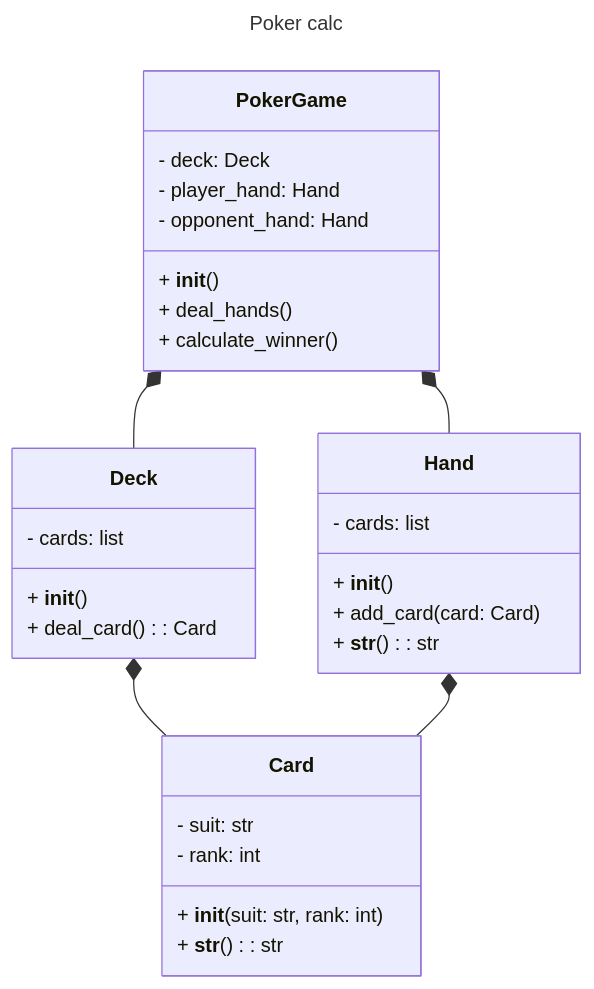
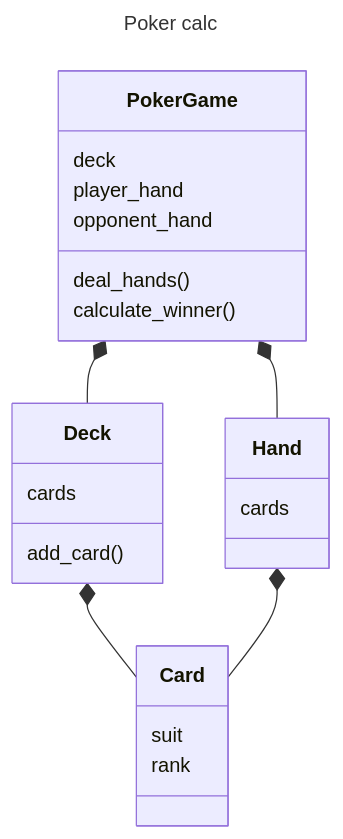
Before and after one commit to octolss/poker_calculation: the diagram in dio.md, drawn with Mermaid.

````diff
--- a/dio.md
+++ b/dio.md
@@ -2,39 +2,32 @@
 ```mermaid
 ---
 title: Poker calc
 ---
 classDiagram
   class PokerGame {
-    - deck: Deck
-    - player_hand: Hand
-    - opponent_hand: Hand
-    + __init__()
-    + deal_hands()
-    + calculate_winner()
+    deck
+    player_hand
+    opponent_hand
+    deal_hands()
+    calculate_winner()
 }
 
 class Deck {
-    - cards: list
-    + __init__()
-    + deal_card(): Card
+    cards
+    add_card()
 }
 
 class Hand {
-    - cards: list
-    + __init__()
-    + add_card(card: Card)
-    + __str__(): str
+    cards
 }
 
 class Card {
-    - suit: str
-    - rank: int
-    + __init__(suit: str, rank: int)
-    + __str__(): str
+    suit
+    rank
 }
 
 PokerGame *-- Deck
 PokerGame *-- Hand
 Deck *-- Card
 Hand *-- Card
 ```
````
